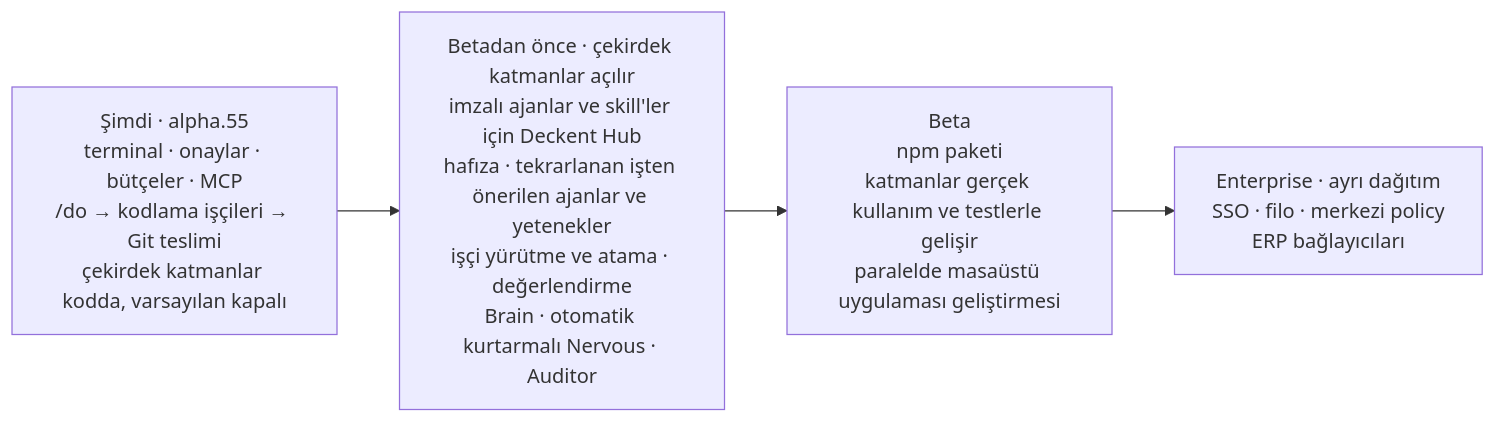
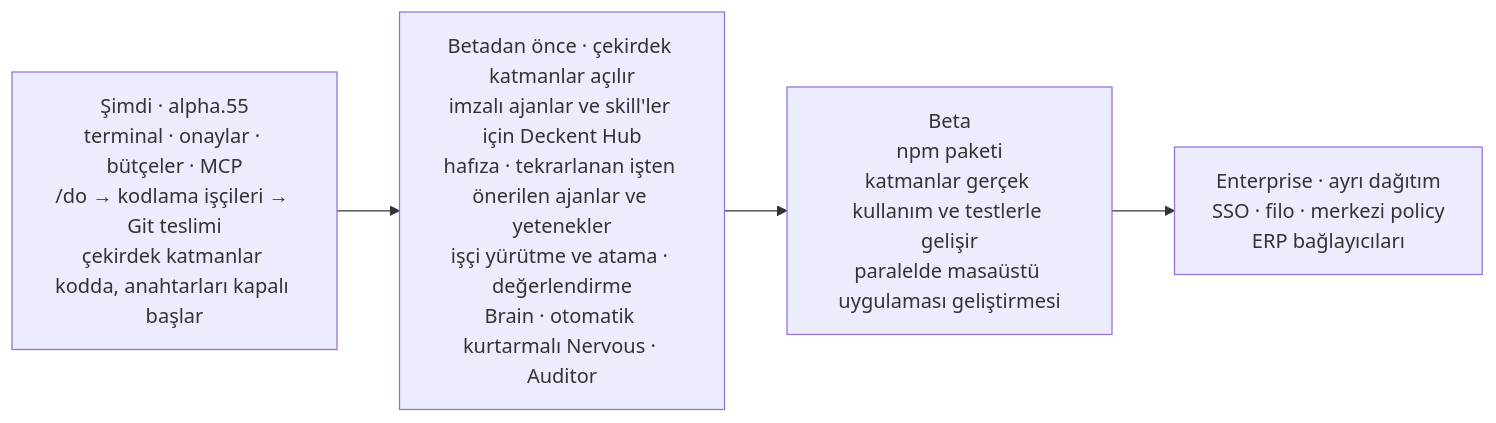
The sixth of 6 diagrams in README.tr.md (Verhex/deckent-next), drawn with Mermaid before and after one commit. The commit also changed 8 other files, not shown here.

````diff
--- a/README.tr.md
+++ b/README.tr.md
@@ -524,6 +524,6 @@
 ```mermaid
 flowchart LR
-  N["Şimdi · alpha.55<br/>terminal · onaylar · bütçeler · MCP<br/>/do → kodlama işçileri → Git teslimi<br/>çekirdek katmanlar kodda, varsayılan kapalı"] --> C["Betadan önce · çekirdek katmanlar açılır<br/>imzalı ajanlar ve skill'ler için Deckent Hub<br/>hafıza · tekrarlanan işten önerilen ajanlar ve yetenekler<br/>işçi yürütme ve atama · değerlendirme<br/>Brain · otomatik kurtarmalı Nervous · Auditor"]
+  N["Şimdi · alpha.55<br/>terminal · onaylar · bütçeler · MCP<br/>/do → kodlama işçileri → Git teslimi<br/>çekirdek katmanlar kodda, anahtarları kapalı başlar"] --> C["Betadan önce · çekirdek katmanlar açılır<br/>imzalı ajanlar ve skill'ler için Deckent Hub<br/>hafıza · tekrarlanan işten önerilen ajanlar ve yetenekler<br/>işçi yürütme ve atama · değerlendirme<br/>Brain · otomatik kurtarmalı Nervous · Auditor"]
   C --> B["Beta<br/>npm paketi<br/>katmanlar gerçek kullanım ve testlerle gelişir<br/>paralelde masaüstü uygulaması geliştirmesi"]
   B --> E["Enterprise · ayrı dağıtım<br/>SSO · filo · merkezi policy<br/>ERP bağlayıcıları"]
 ```
````
